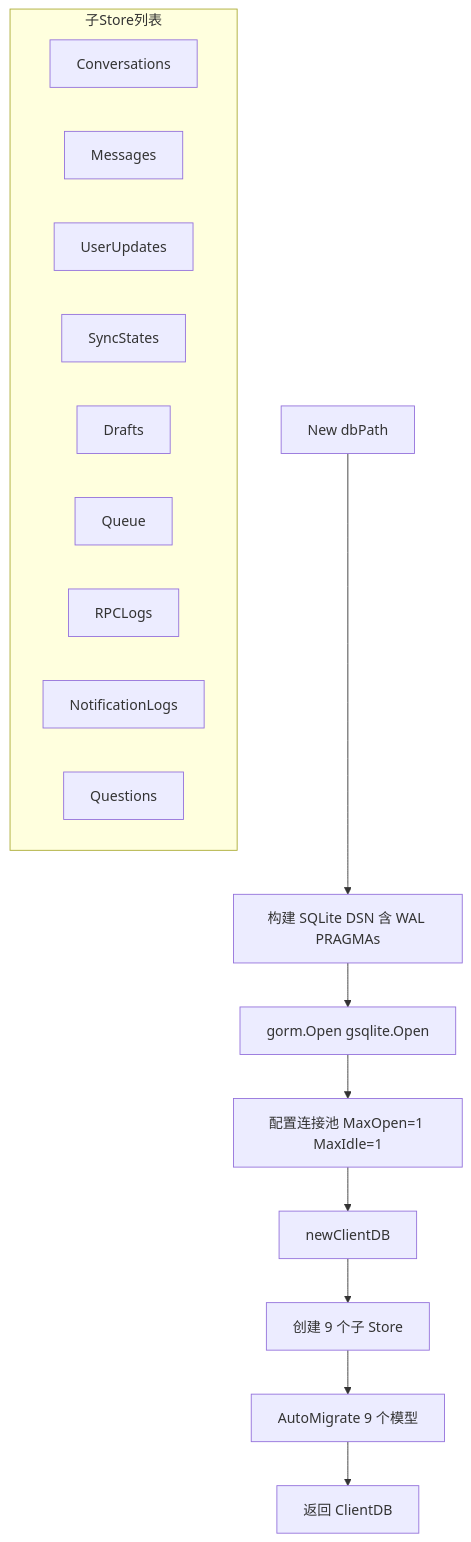
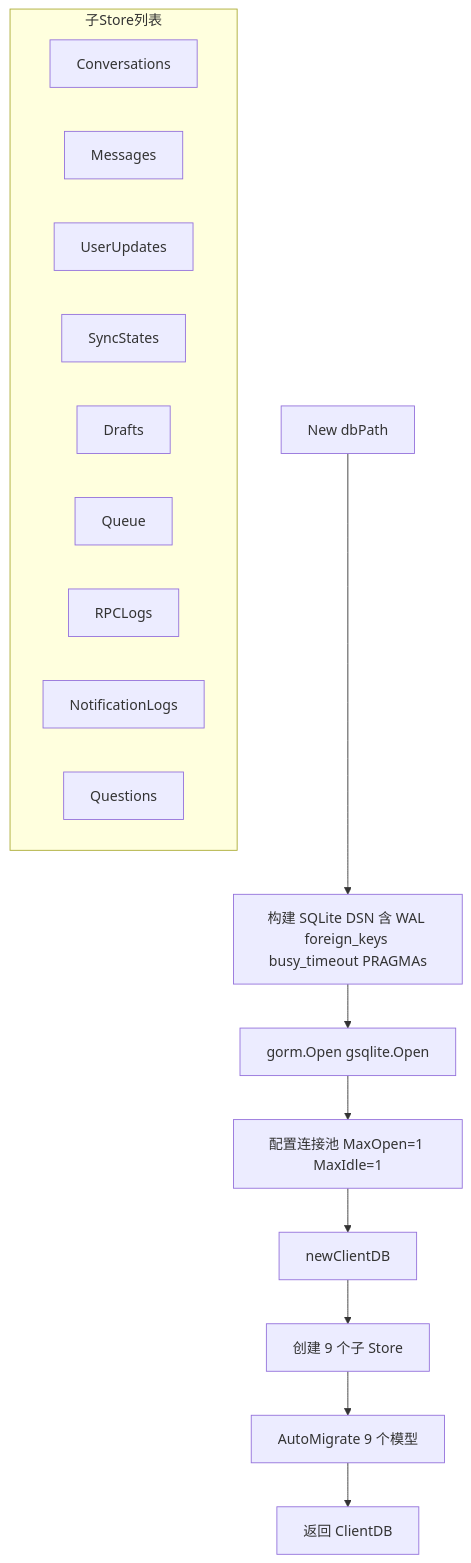
Before and after one commit to PineappleBond/xyncra-server: diagram 13 of 15 in wiki/flows/storage.md, drawn with Mermaid. The commit also changed other lines of this file and 21 other files, not shown here.

````diff
--- a/wiki/flows/storage.md
+++ b/wiki/flows/storage.md
@@ -740,22 +730,22 @@
 ```mermaid
 flowchart TD
-    A[New dbPath] --> B[构建 SQLite DSN 含 WAL PRAGMAs]
+    A[New dbPath] --> B[构建 SQLite DSN 含 WAL foreign_keys busy_timeout PRAGMAs]
     B --> C[gorm.Open gsqlite.Open]
     C --> D[配置连接池 MaxOpen=1 MaxIdle=1]
     D --> E[newClientDB]
     E --> F[创建 9 个子 Store]
     F --> G[AutoMigrate 9 个模型]
     G --> H[返回 ClientDB]
 
     subgraph 子Store列表
         S1[Conversations]
         S2[Messages]
         S3[UserUpdates]
         S4[SyncStates]
         S5[Drafts]
         S6[Queue]
         S7[RPCLogs]
         S8[NotificationLogs]
         S9[Questions]
     end
 ```
````
